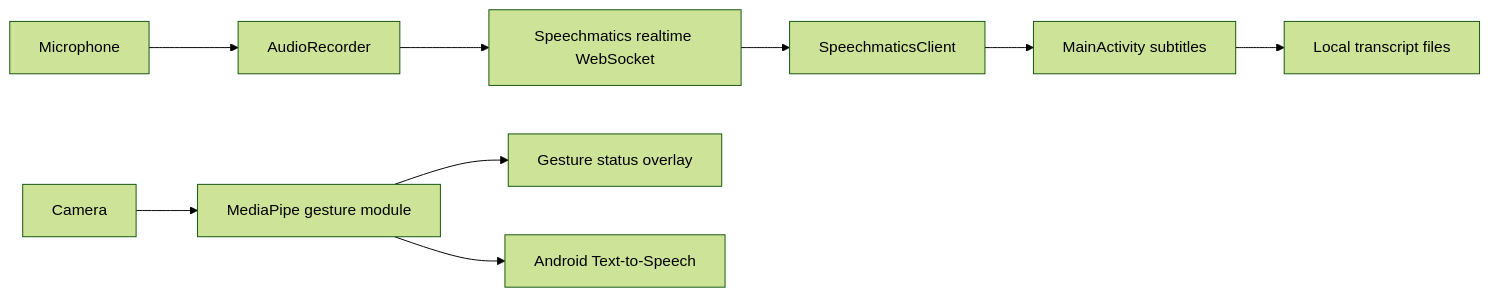
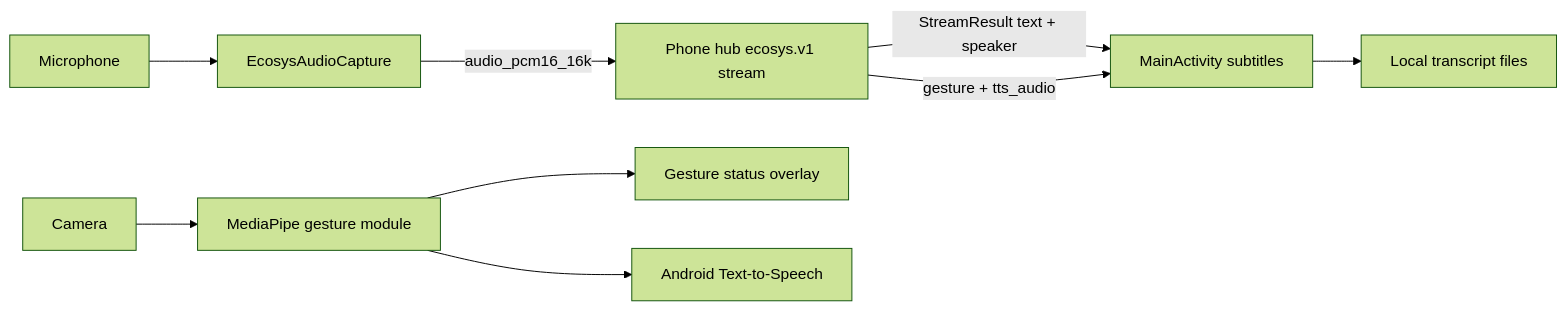
Before and after one commit to Glass-Storm/SpeakerDiarazation-Gesture: the diagram in README.md, drawn with Mermaid (forest theme). The commit also changed other lines of this file and 12 other files, not shown here.

````diff
--- a/README.md
+++ b/README.md
@@ -49,12 +54,12 @@
 ```mermaid
 flowchart LR
-    Mic[Microphone] --> Recorder[AudioRecorder]
-    Recorder --> Speechmatics[Speechmatics realtime WebSocket]
-    Speechmatics --> Client[SpeechmaticsClient]
-    Client --> UI[MainActivity subtitles]
+    Mic[Microphone] --> Capture[EcosysAudioCapture]
+    Capture -->|audio_pcm16_16k| Hub[Phone hub ecosys.v1 stream]
+    Hub -->|StreamResult text + speaker| UI[MainActivity subtitles]
+    Hub -->|gesture + tts_audio| UI
     UI --> Transcripts[Local transcript files]
 
     Camera[Camera] --> Gesture[MediaPipe gesture module]
     Gesture --> Overlay[Gesture status overlay]
     Gesture --> TTS[Android Text-to-Speech]
 ```
````
